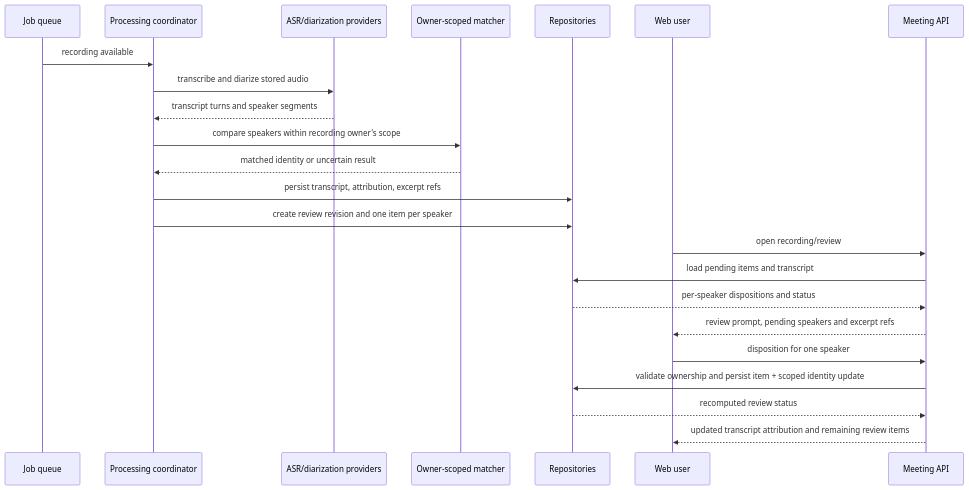
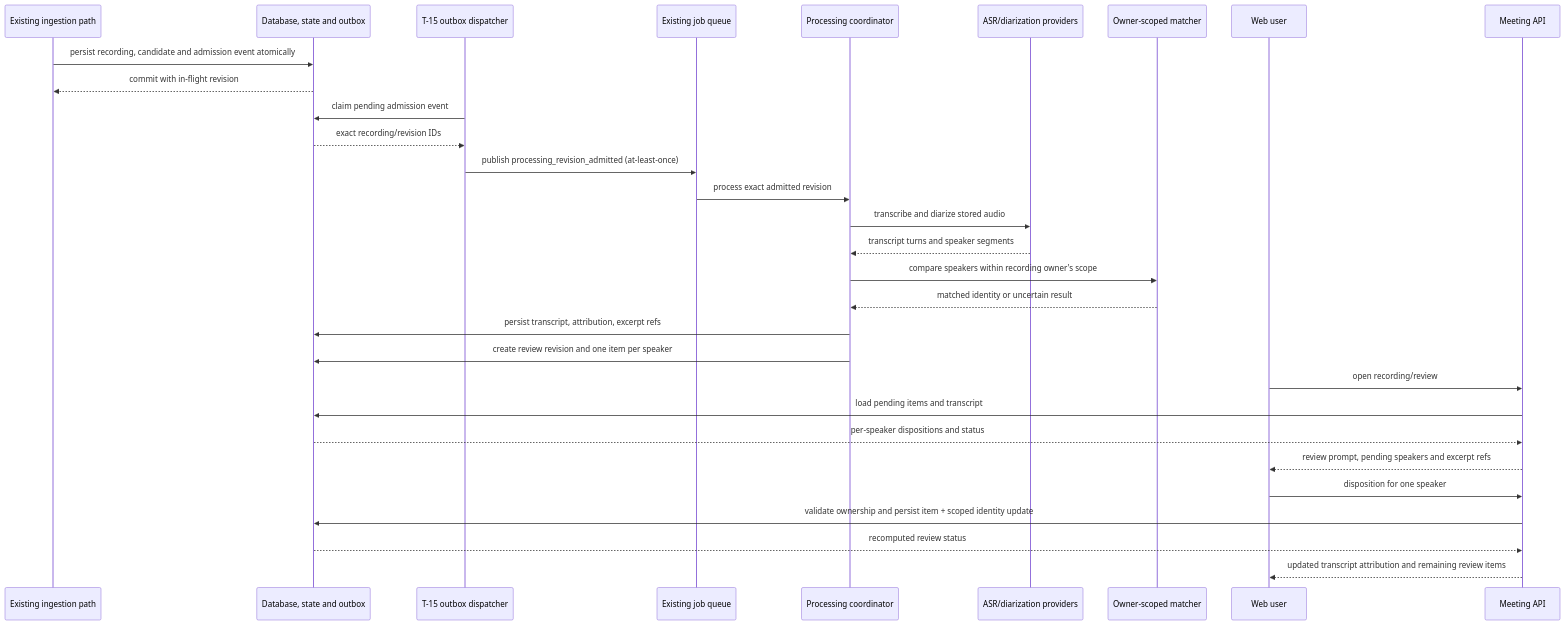
One commit to lufermalgo/sauri changed the second of 2 diagrams in .spectra/specs/recording-speaker-review/design.md. Above: the diagram before and after it, drawn with Mermaid. The commit also changed other lines of this file, not shown here.

Commit message:
docs(spectra): make revision admission enqueue durable

````diff
--- a/.spectra/specs/recording-speaker-review/design.md
+++ b/.spectra/specs/recording-speaker-review/design.md
@@ -63,26 +66,33 @@
 ```mermaid
 sequenceDiagram
-  participant Q as Job queue
+  participant Upload as Existing ingestion path
+  participant DB as Database, state and outbox
+  participant O as T-15 outbox dispatcher
+  participant Q as Existing job queue
   participant W as Processing coordinator
   participant A as ASR/diarization providers
   participant I as Owner-scoped matcher
-  participant DB as Repositories
   participant U as Web user
   participant API as Meeting API
 
-  Q->>W: recording available
+  Upload->>DB: persist recording, candidate and admission event atomically
+  DB-->>Upload: commit with in-flight revision
+  O->>DB: claim pending admission event
+  DB-->>O: exact recording/revision IDs
+  O->>Q: publish processing_revision_admitted (at-least-once)
+  Q->>W: process exact admitted revision
   W->>A: transcribe and diarize stored audio
   A-->>W: transcript turns and speaker segments
   W->>I: compare speakers within recording owner's scope
   I-->>W: matched identity or uncertain result
   W->>DB: persist transcript, attribution, excerpt refs
   W->>DB: create review revision and one item per speaker
   U->>API: open recording/review
   API->>DB: load pending items and transcript
   DB-->>API: per-speaker dispositions and status
   API-->>U: review prompt, pending speakers and excerpt refs
   U->>API: disposition for one speaker
   API->>DB: validate ownership and persist item + scoped identity update
   DB-->>API: recomputed review status
   API-->>U: updated transcript attribution and remaining review items
 ```
````
